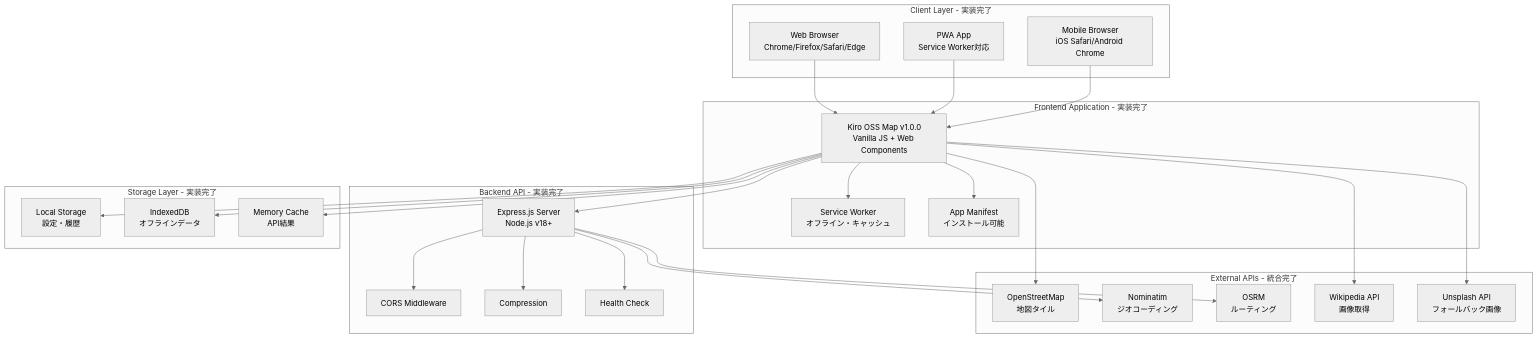
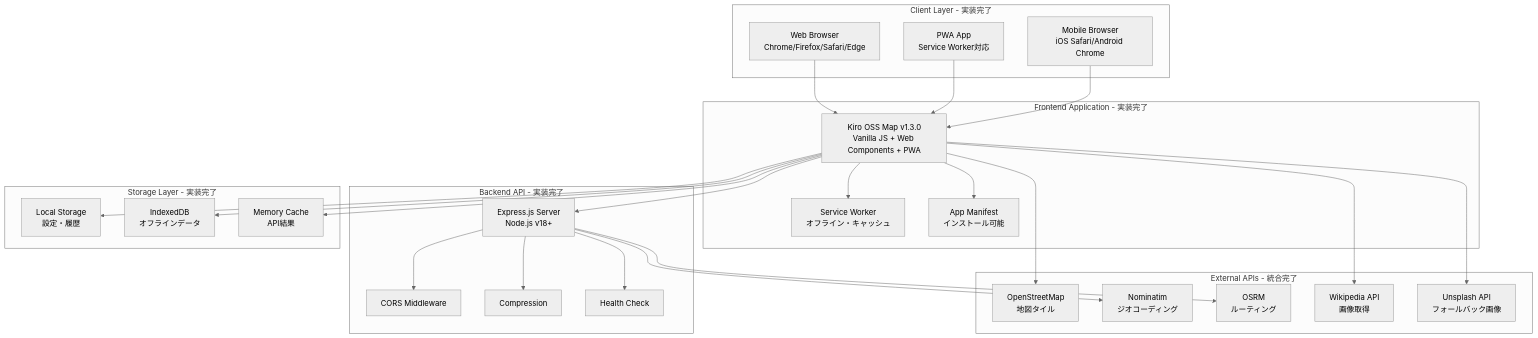
One commit to masatamo-aws/kiro-oss-map changed the first of 48 diagrams in docs/logicalarchitecture.md. Above: the diagram before and after it, drawn with Mermaid (neutral theme). The commit also changed other lines of this file and 4 other files, not shown here.

````diff
--- a/docs/logicalarchitecture.md
+++ b/docs/logicalarchitecture.md
@@ -10,58 +11,58 @@
 ```mermaid
 graph TB
     subgraph "Client Layer - 実装完了"
         WEB[Web Browser<br/>Chrome/Firefox/Safari/Edge]
         PWA[PWA App<br/>Service Worker対応]
         MOB[Mobile Browser<br/>iOS Safari/Android Chrome]
     end
     
     subgraph "Frontend Application - 実装完了"
-        APP[Kiro OSS Map v1.0.0<br/>Vanilla JS + Web Components]
+        APP[Kiro OSS Map v1.3.0<br/>Vanilla JS + Web Components + PWA]
         SW[Service Worker<br/>オフライン・キャッシュ]
         MANIFEST[App Manifest<br/>インストール可能]
     end
     
     subgraph "Backend API - 実装完了"
         EXPRESS[Express.js Server<br/>Node.js v18+]
         CORS[CORS Middleware]
         COMPRESS[Compression]
         HEALTH[Health Check]
     end
     
     subgraph "External APIs - 統合完了"
         OSM[OpenStreetMap<br/>地図タイル]
         NOMINATIM[Nominatim<br/>ジオコーディング]
         OSRM[OSRM<br/>ルーティング]
         WIKI[Wikipedia API<br/>画像取得]
         UNSPLASH[Unsplash API<br/>フォールバック画像]
     end
     
     subgraph "Storage Layer - 実装完了"
         LOCALSTORAGE[Local Storage<br/>設定・履歴]
         INDEXEDDB[IndexedDB<br/>オフラインデータ]
         MEMORY[Memory Cache<br/>API結果]
     end
     
     WEB --> APP
     PWA --> APP
     MOB --> APP
     
     APP --> SW
     APP --> MANIFEST
     APP --> EXPRESS
     
     EXPRESS --> CORS
     EXPRESS --> COMPRESS
     EXPRESS --> HEALTH
     
     EXPRESS --> NOMINATIM
     EXPRESS --> OSRM
     
     APP --> OSM
     APP --> WIKI
     APP --> UNSPLASH
     
     APP --> LOCALSTORAGE
     APP --> INDEXEDDB
     APP --> MEMORY
 ```
````
